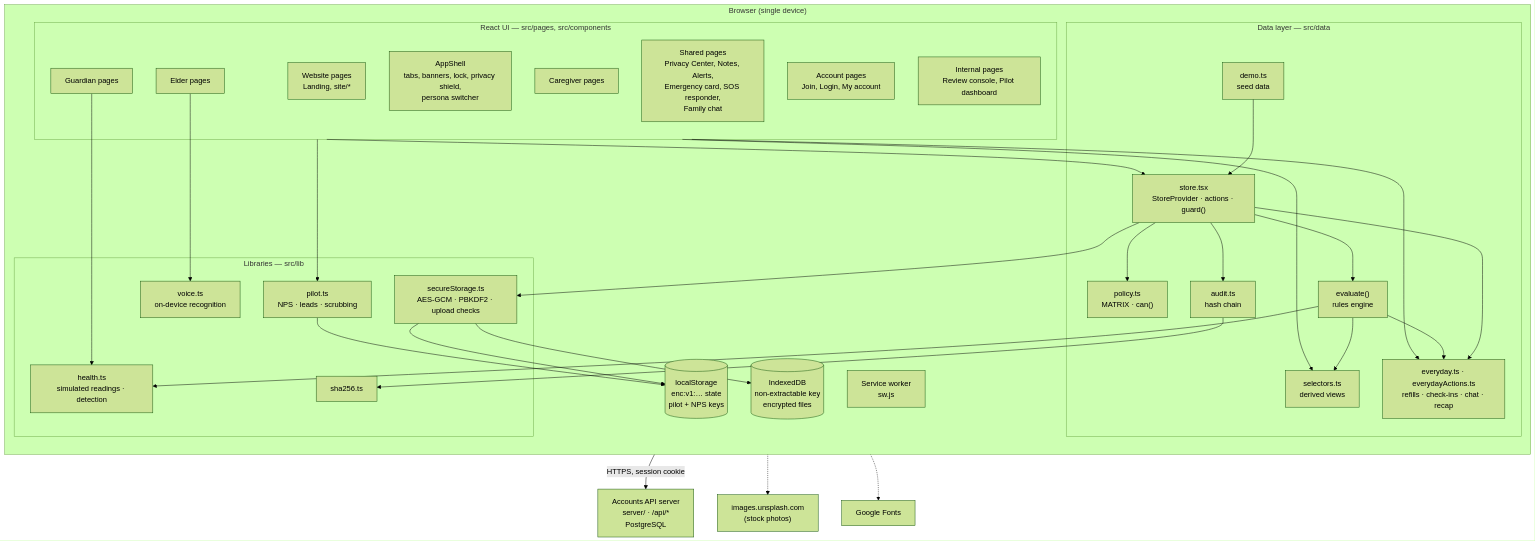
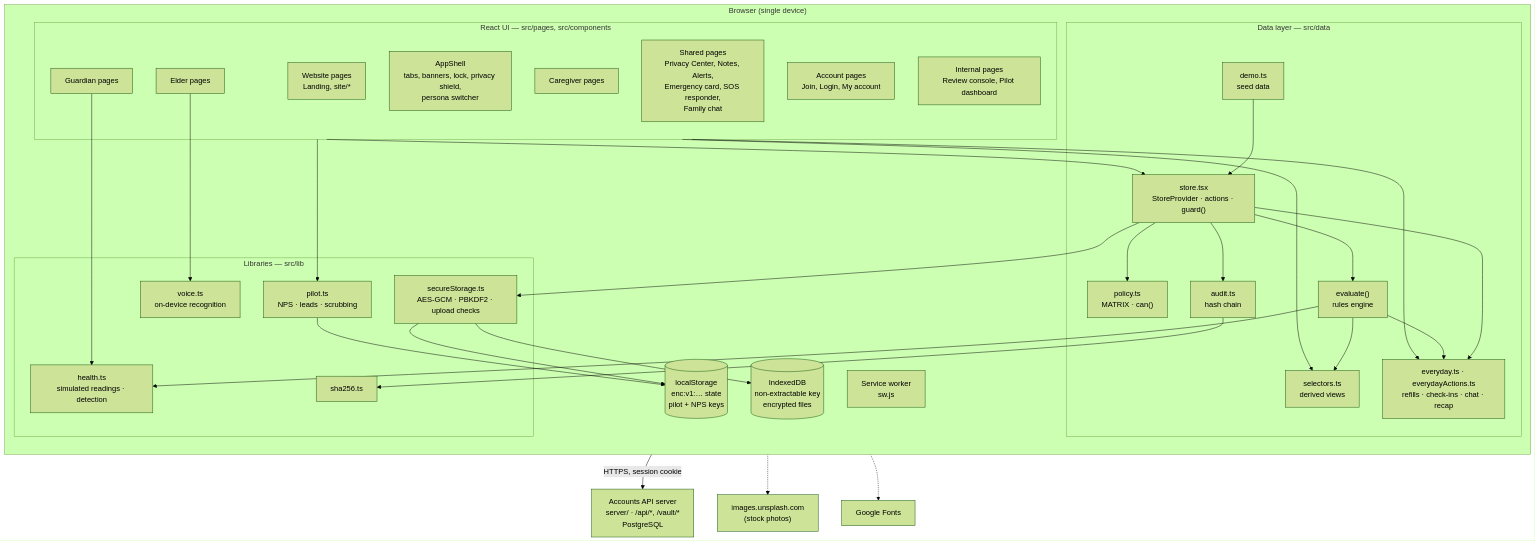
Before and after one commit to sumanth1996/circle-care: the first of 2 diagrams in docs/wiki/architecture/system-overview.md, drawn with Mermaid (forest theme). The commit also changed other lines of this file and 2 other files, not shown here.

First line of the commit message:
Fix wiki facts from the Lead Architect review (CC-193)

````diff
--- a/docs/wiki/architecture/system-overview.md
+++ b/docs/wiki/architecture/system-overview.md
@@ -25,61 +25,61 @@
 ```mermaid
 flowchart TB
     subgraph Browser["Browser (single device)"]
       direction TB
       subgraph UI["React UI — src/pages, src/components"]
         Site["Website pages<br/>Landing, site/*"]
         Shell["AppShell<br/>tabs, banners, lock, privacy shield,<br/>persona switcher"]
         Elder["Elder pages"]
         Care["Caregiver pages"]
         Guard["Guardian pages"]
         Shared["Shared pages<br/>Privacy Center, Notes, Alerts,<br/>Emergency card, SOS responder,<br/>Family chat"]
         Account["Account pages<br/>Join, Login, My account"]
         Internal["Internal pages<br/>Review console, Pilot dashboard"]
       end
       subgraph Data["Data layer — src/data"]
         Store["store.tsx<br/>StoreProvider · actions · guard()"]
         Rules["evaluate()<br/>rules engine"]
         Policy["policy.ts<br/>MATRIX · can()"]
         Sel["selectors.ts<br/>derived views"]
         Every["everyday.ts · everydayActions.ts<br/>refills · check-ins · chat · recap"]
         Audit["audit.ts<br/>hash chain"]
         Seed["demo.ts<br/>seed data"]
       end
       subgraph Lib["Libraries — src/lib"]
         Sec["secureStorage.ts<br/>AES-GCM · PBKDF2 · upload checks"]
         Health["health.ts<br/>simulated readings · detection"]
         Voice["voice.ts<br/>on-device recognition"]
         Pilot["pilot.ts<br/>NPS · leads · scrubbing"]
         Sha["sha256.ts"]
       end
       LS[("localStorage<br/>enc:v1:… state<br/>pilot + NPS keys")]
       IDB[("IndexedDB<br/>non-extractable key<br/>encrypted files")]
       SW["Service worker<br/>sw.js"]
     end
-    API["Accounts API server<br/>server/ · /api/*<br/>PostgreSQL"]
+    API["Accounts API server<br/>server/ · /api/*, /vault/*<br/>PostgreSQL"]
     Unsplash["images.unsplash.com<br/>(stock photos)"]
     Fonts["Google Fonts"]
 
     UI --> Store
     Store --> Policy
     Store --> Rules
     Store --> Audit
     Rules --> Sel
     Rules --> Health
     UI --> Sel
     UI --> Every
     Store --> Every
     Rules --> Every
     Account -->|"HTTPS, session cookie"| API
     Audit --> Sha
     Store --> Sec
     Sec --> LS
     Sec --> IDB
     Guard --> Health
     Elder --> Voice
     UI --> Pilot
     Pilot --> LS
     Seed --> Store
     UI -.-> Unsplash
     UI -.-> Fonts
 ```
````
